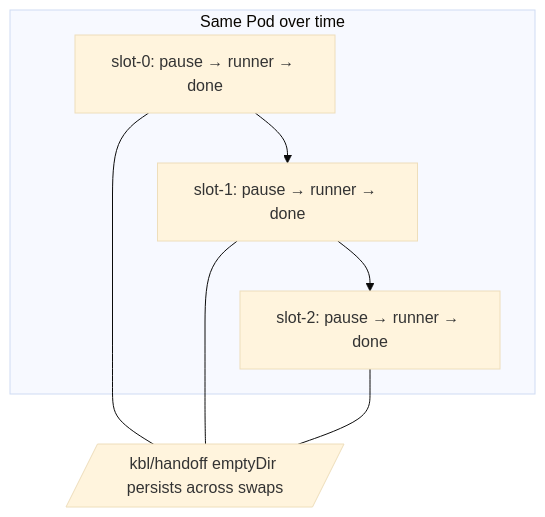
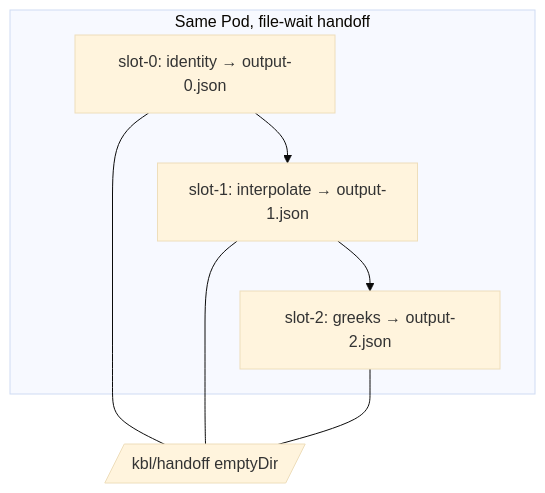
Diagram 11 of 17 in docs/diagrams.md (jmjava/uber-lang-of-compute), drawn with Mermaid (base theme) before and after one commit. The commit also changed other lines of this file and 20 other files, not shown here.

````diff
--- a/docs/diagrams.md
+++ b/docs/diagrams.md
@@ -269,13 +274,13 @@
 ```mermaid
 flowchart TB
-  subgraph slots [Same Pod over time]
-    S0["slot-0: pause → runner → done"]
-    S1["slot-1: pause → runner → done"]
-    S2["slot-2: pause → runner → done"]
+  subgraph slots [Same Pod, file-wait handoff]
+    S0["slot-0: identity → output-0.json"]
+    S1["slot-1: interpolate → output-1.json"]
+    S2["slot-2: greeks → output-2.json"]
   end
   S0 --> S1 --> S2
-  H[/kbl/handoff emptyDir persists across swaps/]
+  H[/kbl/handoff emptyDir/]
   S0 --- H
   S1 --- H
   S2 --- H
 ```
````
